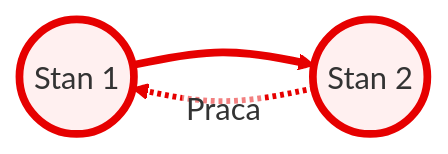
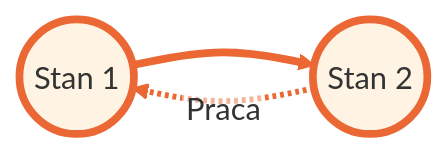
One commit to moondec/Termodynamika changed the second of 2 diagrams in Wyklady/06_II_Zasada_1.qmd. Above: the diagram before and after it, drawn with Mermaid. The commit also changed other lines of this file and 229 other files, not shown here.

````diff
--- a/Wyklady/06_II_Zasada_1.qmd
+++ b/Wyklady/06_II_Zasada_1.qmd
@@ -533,11 +482,11 @@
 ```{mermaid}
-%%{init: {'theme': 'default', 'flowchart': {'htmlLabels': false, 'curve': 'basis', 'wrappingWidth': 400, 'subGraphTitleMargin': {'top': 6, 'bottom': 16}}, 'themeVariables': {'fontSize': '16px', 'fontFamily': 'Arial, Helvetica, sans-serif', 'primaryColor': '#ffffff', 'edgeLabelBackground': '#ffffff', 'tertiaryColor': '#fff0f0'}, 'htmlLabels': false}}%%
+%%{init: {'theme': 'default', 'flowchart': {'htmlLabels': false, 'curve': 'basis', 'wrappingWidth': 400, 'subGraphTitleMargin': {'top': 6, 'bottom': 16}}, 'themeVariables': {'fontSize': '16px', 'fontFamily': 'Arial, Helvetica, sans-serif', 'primaryColor': '#ffffff', 'edgeLabelBackground': '#ffffff', 'tertiaryColor': '#fff4e3'}, 'htmlLabels': false}}%%
 flowchart LR
     C((Stan 1)) ==> D((Stan 2))
     D -.-> |Praca| C
 
-    style C fill:#fff0f0,stroke:#e60000,stroke-width:4px
-    style D fill:#fff0f0,stroke:#e60000,stroke-width:4px
-    linkStyle 0 stroke:#e60000,stroke-width:4px
-    linkStyle 1 stroke:#e60000,stroke-width:3px
+    style C fill:#fff4e3,stroke:#eb6834,stroke-width:4px
+    style D fill:#fff4e3,stroke:#eb6834,stroke-width:4px
+    linkStyle 0 stroke:#eb6834,stroke-width:4px
+    linkStyle 1 stroke:#eb6834,stroke-width:3px
 ```
````
